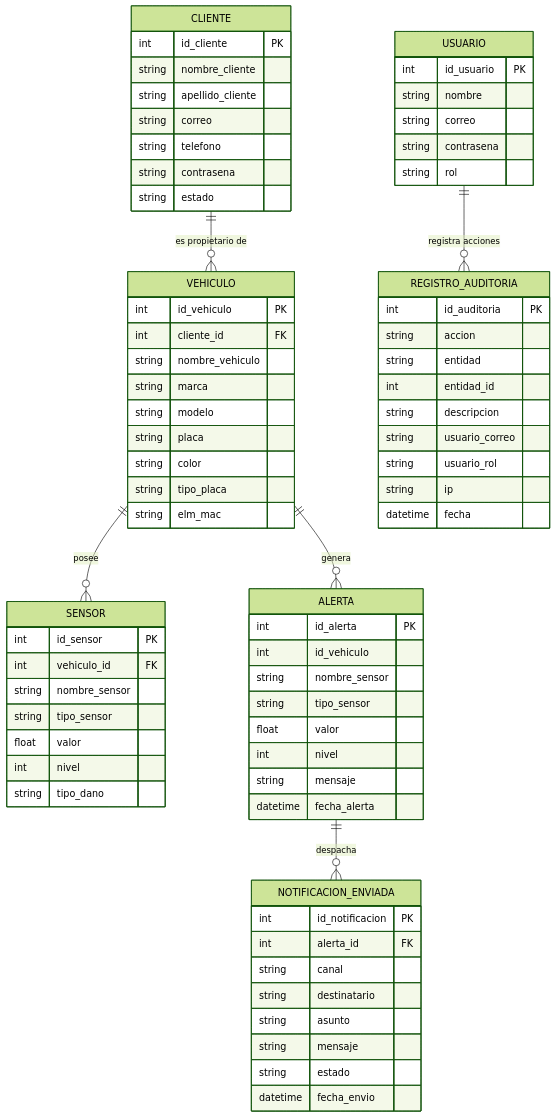
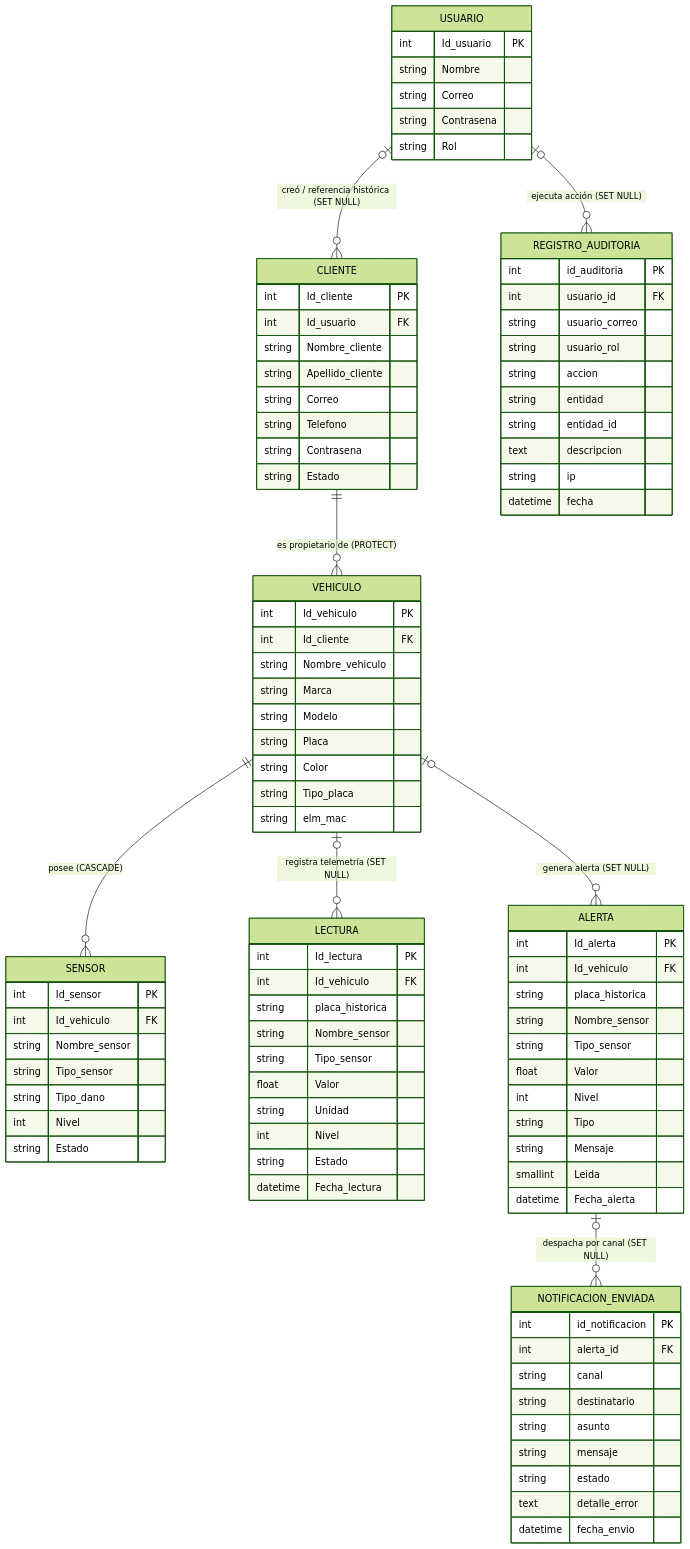
Before and after one commit to ferneymbravog-stack/Autosen: the diagram in docs/MODELO_DE_DATOS.md, drawn with Mermaid (forest theme). The commit also changed other lines of this file and 7 other files, not shown here.

````diff
--- a/docs/MODELO_DE_DATOS.md
+++ b/docs/MODELO_DE_DATOS.md
@@ -10,52 +12,79 @@
 ```mermaid
 erDiagram
-    CLIENTE ||--o{ VEHICULO : "es propietario de"
-    VEHICULO ||--o{ SENSOR : "posee"
-    VEHICULO ||--o{ ALERTA : "genera"
-    ALERTA ||--o{ NOTIFICACION_ENVIADA : "despacha"
-    USUARIO ||--o{ REGISTRO_AUDITORIA : "registra acciones"
+    USUARIO |o--o{ CLIENTE : "creó / referencia histórica (SET NULL)"
+    USUARIO |o--o{ REGISTRO_AUDITORIA : "ejecuta acción (SET NULL)"
+    CLIENTE ||--o{ VEHICULO : "es propietario de (PROTECT)"
+    VEHICULO ||--o{ SENSOR : "posee (CASCADE)"
+    VEHICULO |o--o{ LECTURA : "registra telemetría (SET NULL)"
+    VEHICULO |o--o{ ALERTA : "genera alerta (SET NULL)"
+    ALERTA |o--o{ NOTIFICACION_ENVIADA : "despacha por canal (SET NULL)"
+
+    USUARIO {
+        int Id_usuario PK
+        string Nombre
+        string Correo
+        string Contrasena
+        string Rol
+    }
 
     CLIENTE {
-        int id_cliente PK
-        string nombre_cliente
-        string apellido_cliente
-        string correo
-        string telefono
-        string contrasena
-        string estado
+        int Id_cliente PK
+        int Id_usuario FK
+        string Nombre_cliente
+        string Apellido_cliente
+        string Correo
+        string Telefono
+        string Contrasena
+        string Estado
     }
 
     VEHICULO {
-        int id_vehiculo PK
-        int cliente_id FK
-        string nombre_vehiculo
-        string marca
-        string modelo
-        string placa
-        string color
-        string tipo_placa
+        int Id_vehiculo PK
+        int Id_cliente FK
+        string Nombre_vehiculo
+        string Marca
+        string Modelo
+        string Placa
+        string Color
+        string Tipo_placa
         string elm_mac
     }
 
     SENSOR {
-        int id_sensor PK
-        int vehiculo_id FK
-        string nombre_sensor
-        string tipo_sensor
-        float valor
-        int nivel
-        string tipo_dano
+        int Id_sensor PK
+        int Id_vehiculo FK
+        string Nombre_sensor
+        string Tipo_sensor
+        string Tipo_dano
+        int Nivel
+        string Estado
+    }
+
+    LECTURA {
+        int Id_lectura PK
+        int Id_vehiculo FK
+        string placa_historica
+        string Nombre_sensor
+        string Tipo_sensor
+        float Valor
+        string Unidad
+        int Nivel
+        string Estado
+        datetime Fecha_lectura
     }
 
     ALERTA {
-        int id_alerta PK
-        int id_vehiculo
-        string nombre_sensor
-        string tipo_sensor
-        float valor
-        int nivel
-        string mensaje
-        datetime fecha_alerta
+        int Id_alerta PK
+        int Id_vehiculo FK
+        string placa_historica
+        string Nombre_sensor
+        string Tipo_sensor
+        float Valor
+        int Nivel
+        string Tipo
+        string Mensaje
+        smallint Leida
+        datetime Fecha_alerta
     }
 
     NOTIFICACION_ENVIADA {
@@ -66,25 +95,19 @@
         string asunto
         string mensaje
         string estado
+        text detalle_error
         datetime fecha_envio
-    }
-
-    USUARIO {
-        int id_usuario PK
-        string nombre
-        string correo
-        string contrasena
-        string rol
     }
 
     REGISTRO_AUDITORIA {
         int id_auditoria PK
+        int usuario_id FK
+        string usuario_correo
+        string usuario_rol
         string accion
         string entidad
-        int entidad_id
-        string descripcion
-        string usuario_correo
-        string usuario_rol
+        string entidad_id
+        text descripcion
         string ip
         datetime fecha
     }
````
